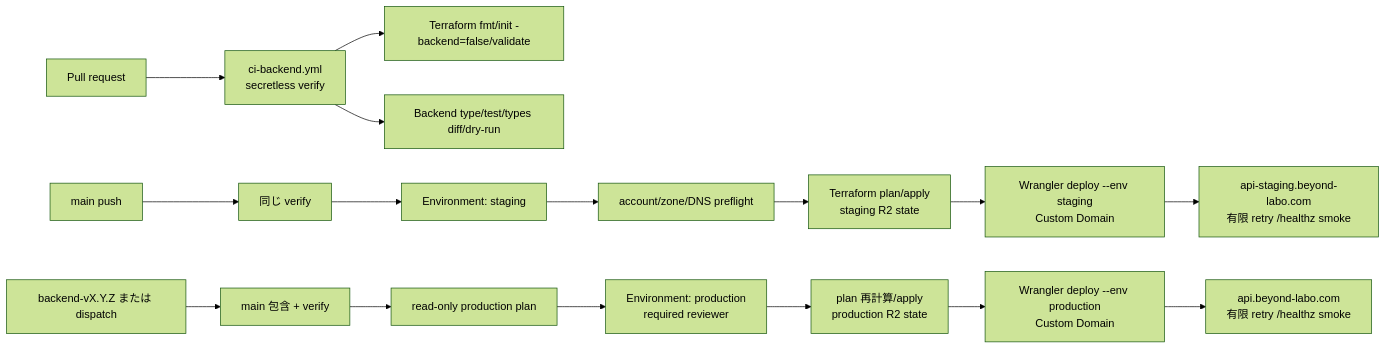
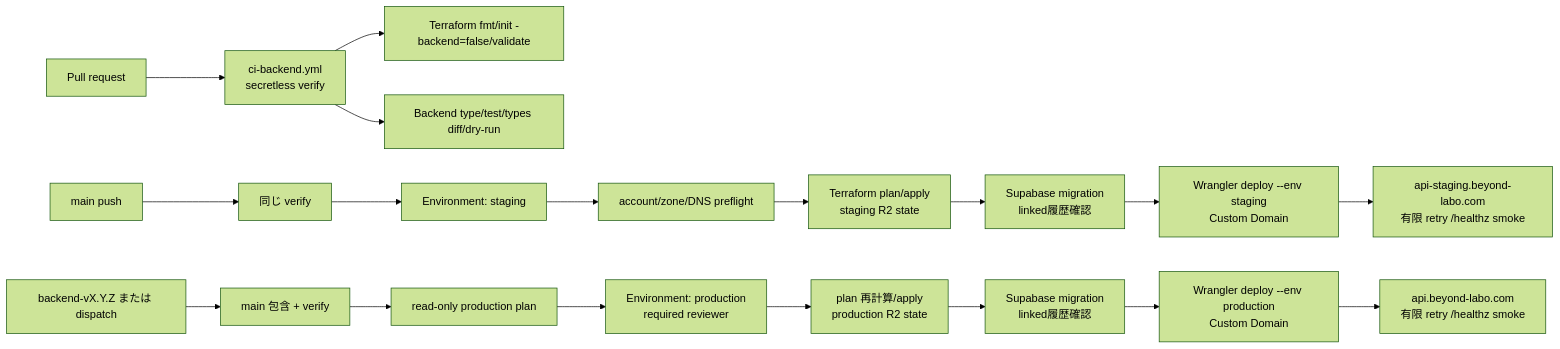
Before and after one commit to beyond-labo/free-time-matching: the first of 2 diagrams in .kiro/specs/backend-ci-cd/design.md, drawn with Mermaid (forest theme). The commit also changed other lines of this file and 16 other files, not shown here.

````diff
--- a/.kiro/specs/backend-ci-cd/design.md
+++ b/.kiro/specs/backend-ci-cd/design.md
@@ -78,18 +79,20 @@
 ```mermaid
 flowchart LR
   PR[Pull request] --> CI[ci-backend.yml\nsecretless verify]
   CI --> T[Terraform fmt/init -backend=false/validate]
   CI --> B[Backend type/test/types diff/dry-run]
   Main[main push] --> SV[同じ verify]
   SV --> ST[Environment: staging]
   ST --> PF1[account/zone/DNS preflight]
   PF1 --> TP1[Terraform plan/apply\nstaging R2 state]
-  TP1 --> WD1[Wrangler deploy --env staging\nCustom Domain]
+  TP1 --> DB1[Supabase migration\nlinked履歴確認]
+  DB1 --> WD1[Wrangler deploy --env staging\nCustom Domain]
   WD1 --> HS1[api-staging.beyond-labo.com\n有限 retry /healthz smoke]
   Rel[backend-vX.Y.Z または dispatch] --> PV[main 包含 + verify]
   PV --> PP[read-only production plan]
   PP --> AP[Environment: production\nrequired reviewer]
   AP --> TP2[plan 再計算/apply\nproduction R2 state]
-  TP2 --> WD2[Wrangler deploy --env production\nCustom Domain]
+  TP2 --> DB2[Supabase migration\nlinked履歴確認]
+  DB2 --> WD2[Wrangler deploy --env production\nCustom Domain]
   WD2 --> HS2[api.beyond-labo.com\n有限 retry /healthz smoke]
 ```
````
